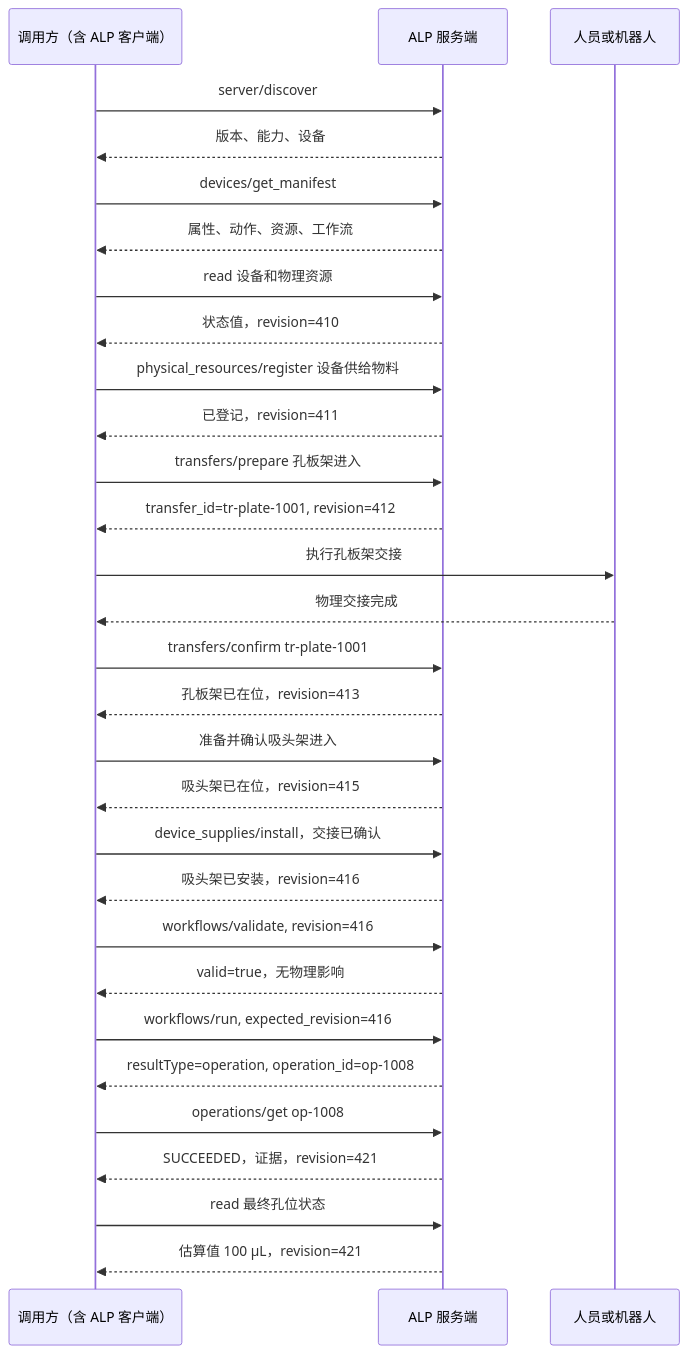
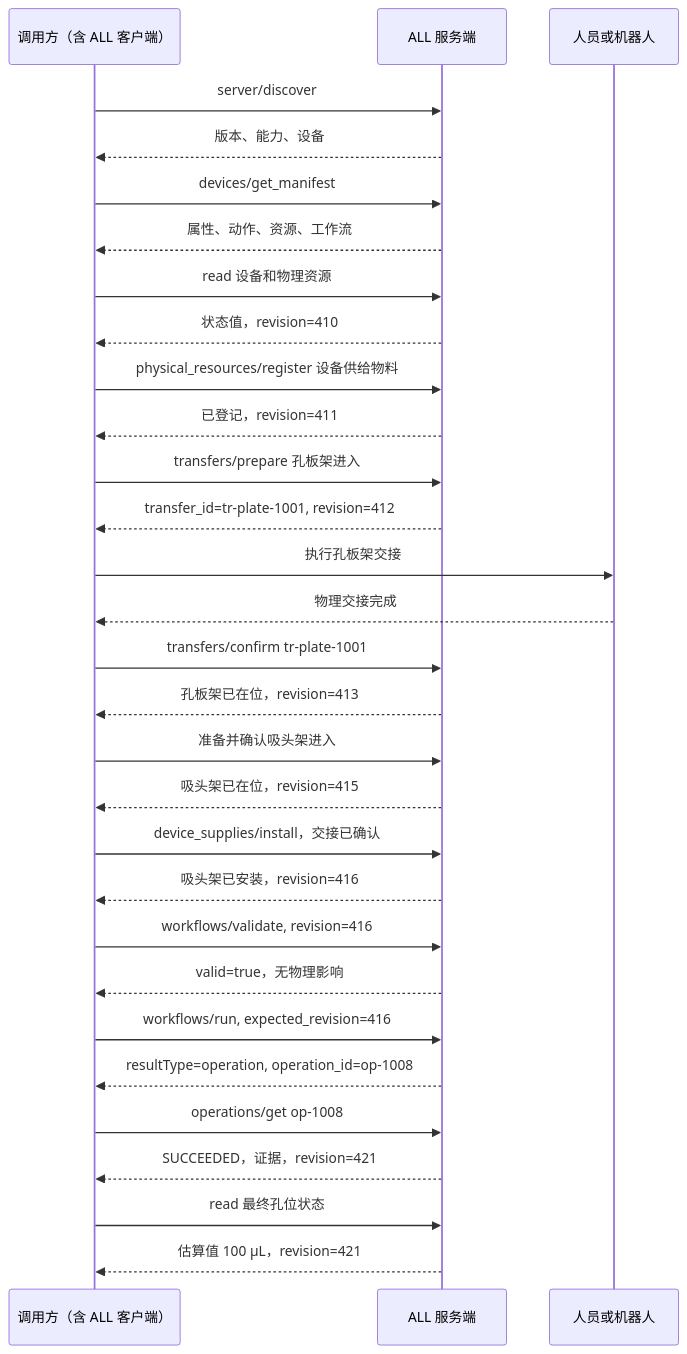
The diagram in examples/liquid-sampling.md (lijiehelloworld/automationlaboratoryprotocol), drawn with Mermaid before and after one commit. The commit also changed other lines of this file and 35 other files, not shown here.

````diff
--- a/examples/liquid-sampling.md
+++ b/examples/liquid-sampling.md
@@ -12,33 +12,33 @@
 ```mermaid
 sequenceDiagram
-    participant C as 调用方（含 ALP 客户端）
-    participant S as ALP 服务端
+    participant C as 调用方（含 ALL 客户端）
+    participant S as ALL 服务端
     participant H as 人员或机器人
 
     C->>S: server/discover
     S-->>C: 版本、能力、设备
     C->>S: devices/get_manifest
     S-->>C: 属性、动作、资源、工作流
     C->>S: read 设备和物理资源
     S-->>C: 状态值，revision=410
     C->>S: physical_resources/register 设备供给物料
     S-->>C: 已登记，revision=411
     C->>S: transfers/prepare 孔板架进入
     S-->>C: transfer_id=tr-plate-1001, revision=412
     C->>H: 执行孔板架交接
     H-->>C: 物理交接完成
     C->>S: transfers/confirm tr-plate-1001
     S-->>C: 孔板架已在位，revision=413
     C->>S: 准备并确认吸头架进入
     S-->>C: 吸头架已在位，revision=415
     C->>S: device_supplies/install，交接已确认
     S-->>C: 吸头架已安装，revision=416
     C->>S: workflows/validate, revision=416
     S-->>C: valid=true，无物理影响
     C->>S: workflows/run, expected_revision=416
     S-->>C: resultType=operation, operation_id=op-1008
     C->>S: operations/get op-1008
     S-->>C: SUCCEEDED，证据，revision=421
     C->>S: read 最终孔位状态
     S-->>C: 估算值 100 μL，revision=421
 ```
````
